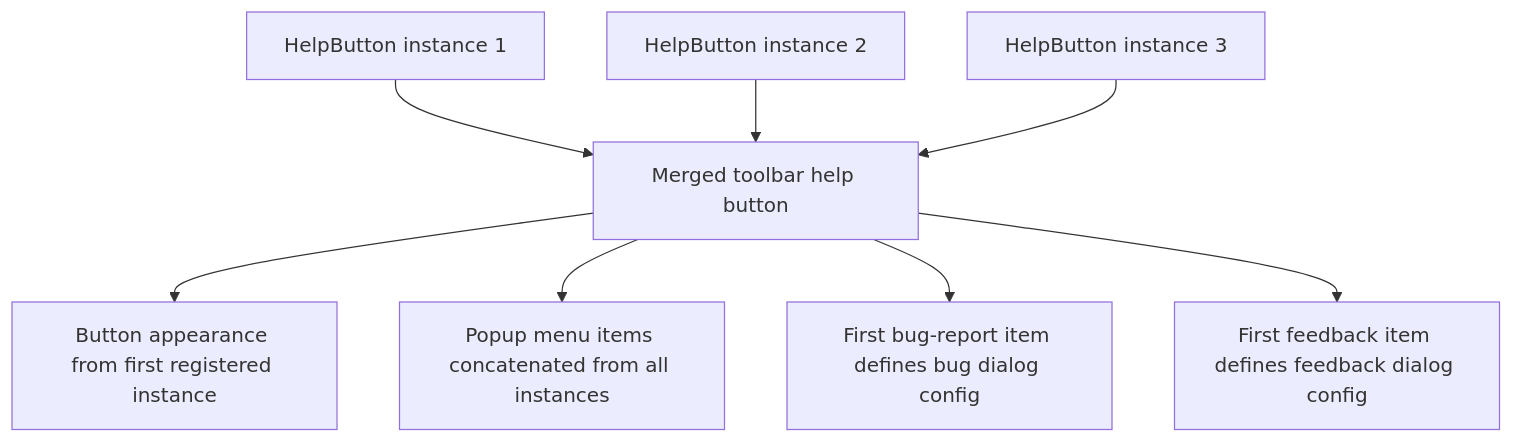
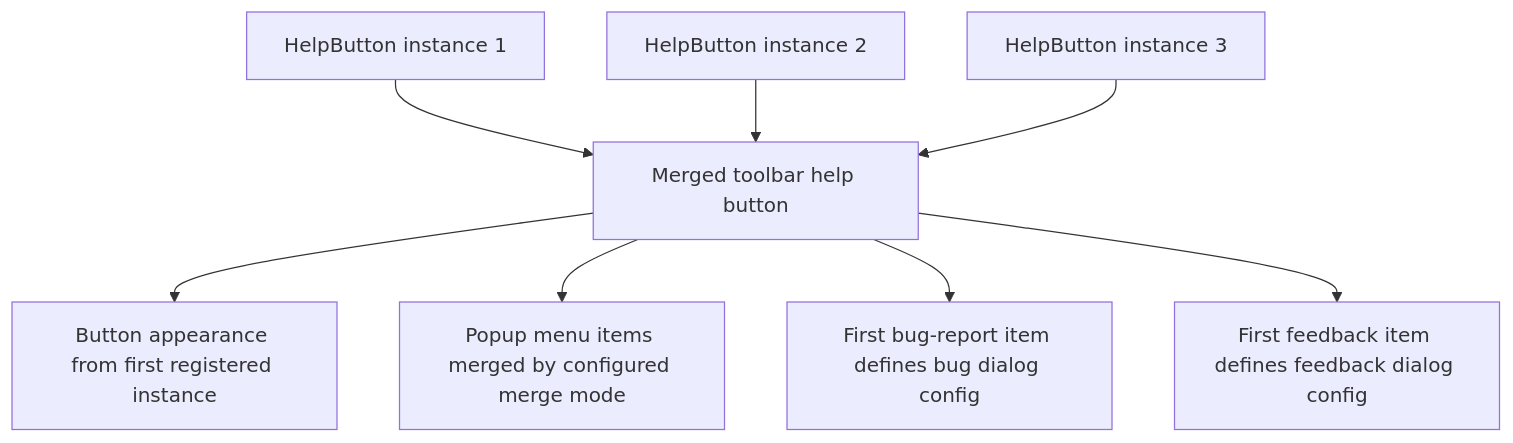
One commit to ptarmiganlabs/help-button.qs changed the third of 3 diagrams in docs/menu-items-app-developer.md. Above: the diagram before and after it, drawn with Mermaid. The commit also changed other lines of this file and 5 other files, not shown here.

Commit message:
feat: add configurable menu item merge modes

````diff
--- a/docs/menu-items-app-developer.md
+++ b/docs/menu-items-app-developer.md
@@ -611,11 +616,11 @@
 ```mermaid
 flowchart TD
     A[HelpButton instance 1] --> M[Merged toolbar help button]
     B[HelpButton instance 2] --> M
     C[HelpButton instance 3] --> M
 
     M --> D[Button appearance from first registered instance]
-    M --> E[Popup menu items concatenated from all instances]
+    M --> E[Popup menu items merged by configured merge mode]
     M --> F[First bug-report item defines bug dialog config]
     M --> G[First feedback item defines feedback dialog config]
 ```
````
